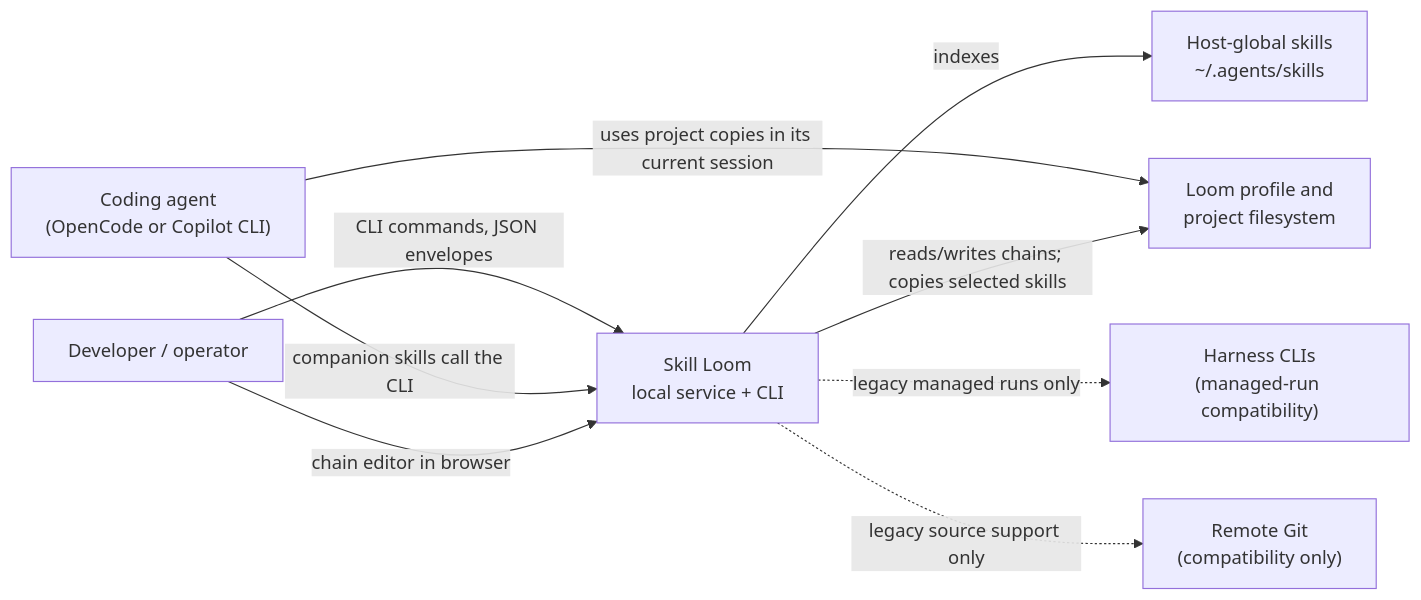
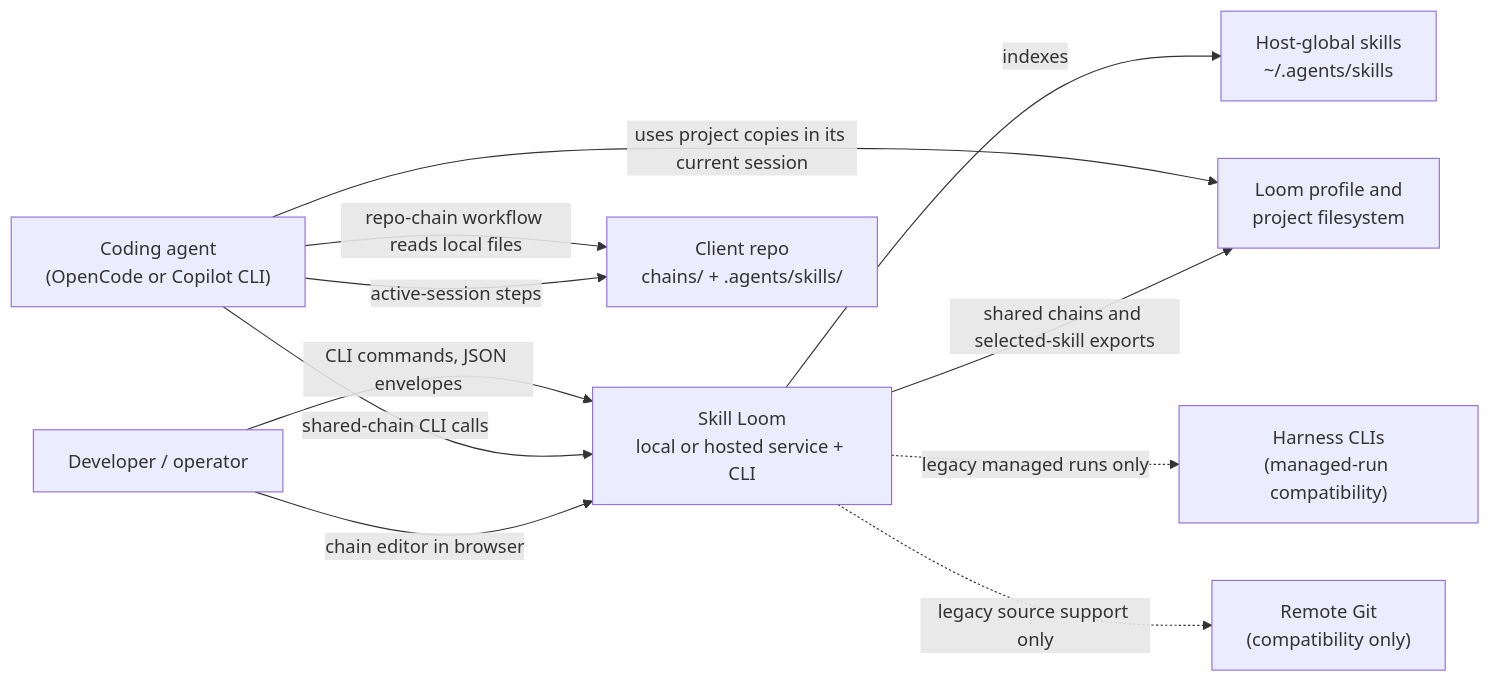
Before and after one commit to McFuzzySquirrel/skill-loom: the first of 10 diagrams in Project_Architecture_Blueprint.md, drawn with Mermaid. The commit also changed other lines of this file and 31 other files, not shown here.

````diff
--- a/Project_Architecture_Blueprint.md
+++ b/Project_Architecture_Blueprint.md
@@ -86,19 +88,22 @@
 ```mermaid
 flowchart LR
   User["Developer / operator"]
   Agent["Coding agent<br/>(OpenCode or Copilot CLI)"]
-  Loom["Skill Loom<br/>local service + CLI"]
+  Loom["Skill Loom<br/>local or hosted service + CLI"]
   Global["Host-global skills<br/>~/.agents/skills"]
   FS["Loom profile and<br/>project filesystem"]
+  Repo["Client repo<br/>chains/ + .agents/skills/"]
   Harness["Harness CLIs<br/>(managed-run compatibility)"]
   Remote["Remote Git<br/>(compatibility only)"]
 
   User -->|"CLI commands, JSON envelopes"| Loom
-  Agent -->|"companion skills call the CLI"| Loom
+  Agent -->|"shared-chain CLI calls"| Loom
+  Agent -->|"repo-chain workflow reads local files"| Repo
   Agent -->|"uses project copies in its current session"| FS
   User -->|"chain editor in browser"| Loom
   Loom -->|"indexes"| Global
-  Loom -->|"reads/writes chains; copies selected skills"| FS
+  Loom -->|"shared chains and selected-skill exports"| FS
+  Agent -->|"active-session steps"| Repo
   Loom -.->|"legacy managed runs only"| Harness
   Loom -.->|"legacy source support only"| Remote
 ```
````
